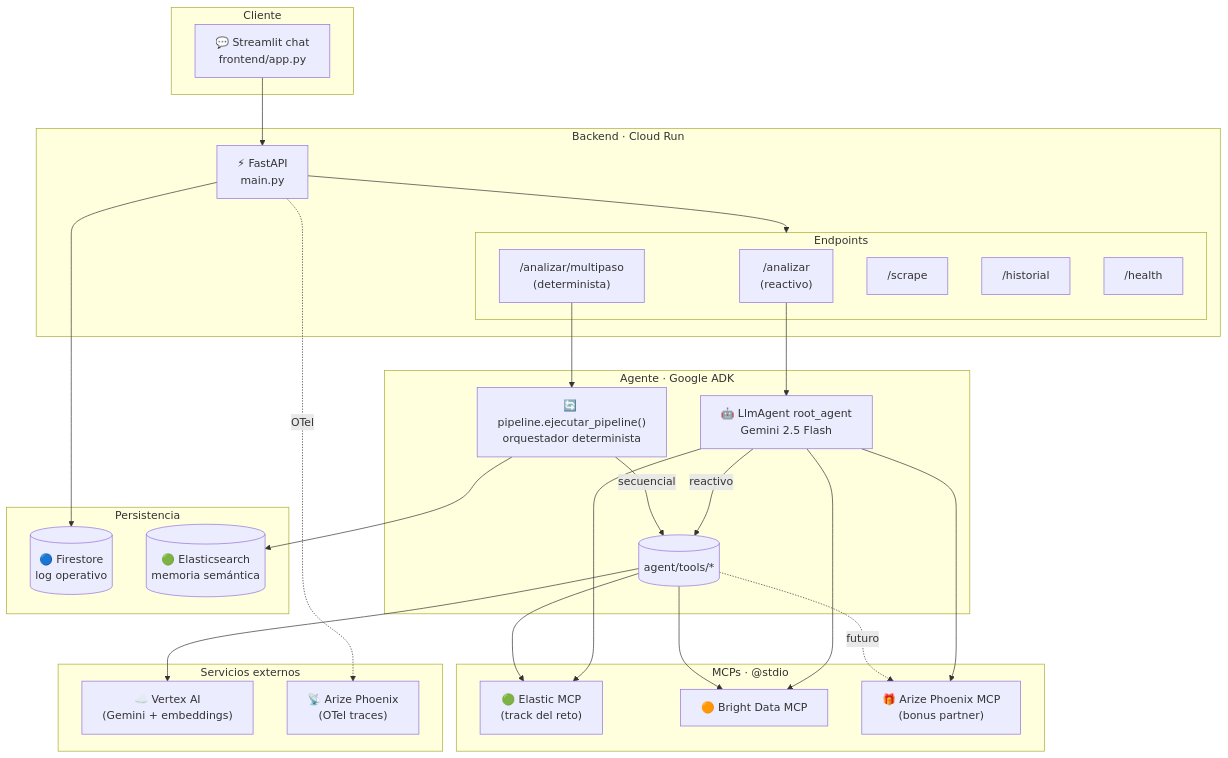
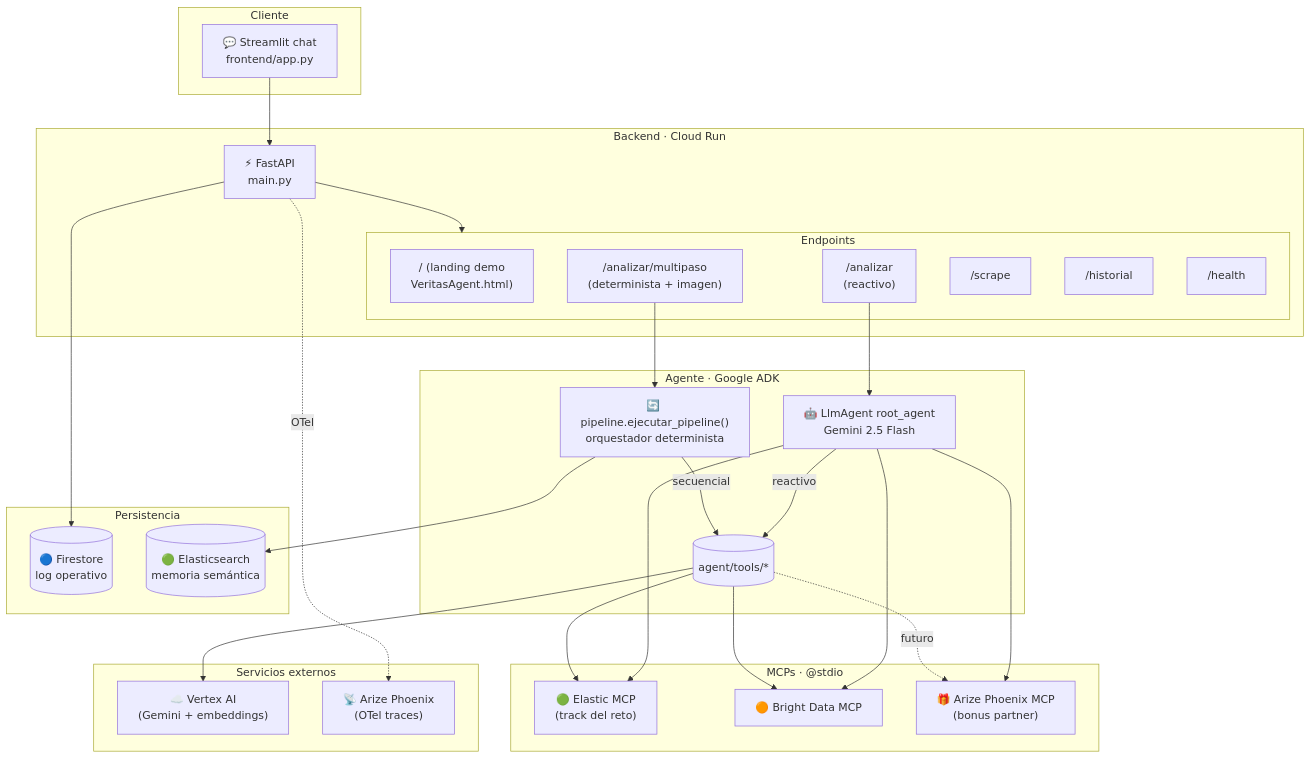
One commit to mariana-ruge/Hackaton-Fake-News changed the first of 6 diagrams in docs/architecture.md. Above: the diagram before and after it, drawn with Mermaid. The commit also changed other lines of this file and 5 other files, not shown here.

````diff
--- a/docs/architecture.md
+++ b/docs/architecture.md
@@ -10,52 +10,53 @@
 ```mermaid
 flowchart TB
     subgraph Cliente["Cliente"]
         UI["💬 Streamlit chat<br/>frontend/app.py"]
     end
 
     subgraph Backend["Backend · Cloud Run"]
         API["⚡ FastAPI<br/>main.py"]
         subgraph Endpoints["Endpoints"]
+            E0["/ (landing demo<br/>VeritasAgent.html)"]
             E1["/analizar<br/>(reactivo)"]
-            E2["/analizar/multipaso<br/>(determinista)"]
+            E2["/analizar/multipaso<br/>(determinista + imagen)"]
             E3["/scrape"]
             E4["/historial"]
             E5["/health"]
         end
     end
 
     subgraph Agente["Agente · Google ADK"]
         ROOT["🤖 LlmAgent root_agent<br/>Gemini 2.5 Flash"]
         PIPE["🔄 pipeline.ejecutar_pipeline()<br/>orquestador determinista"]
         ROOT -->|reactivo| TOOLS[("agent/tools/*")]
         PIPE -->|secuencial| TOOLS
     end
 
     subgraph MCPs["MCPs · @stdio"]
         MCP1["🟢 Elastic MCP<br/>(track del reto)"]
         MCP2["🟠 Bright Data MCP"]
         MCP3["🎁 Arize Phoenix MCP<br/>(bonus partner)"]
     end
 
     subgraph Datos["Persistencia"]
         FS[("🔵 Firestore<br/>log operativo")]
         ES[("🟢 Elasticsearch<br/>memoria semántica")]
     end
 
     subgraph Servicios["Servicios externos"]
         VX["☁️ Vertex AI<br/>(Gemini + embeddings)"]
         PHX["📡 Arize Phoenix<br/>(OTel traces)"]
     end
 
     UI --> API
     API --> Endpoints
     E1 --> ROOT
     E2 --> PIPE
     ROOT --> MCP1 & MCP2 & MCP3
     TOOLS --> MCP1 & MCP2
     TOOLS -.->|futuro| MCP3
     PIPE --> ES
     API --> FS
     TOOLS --> VX
     API -.->|OTel| PHX
 ```
````
